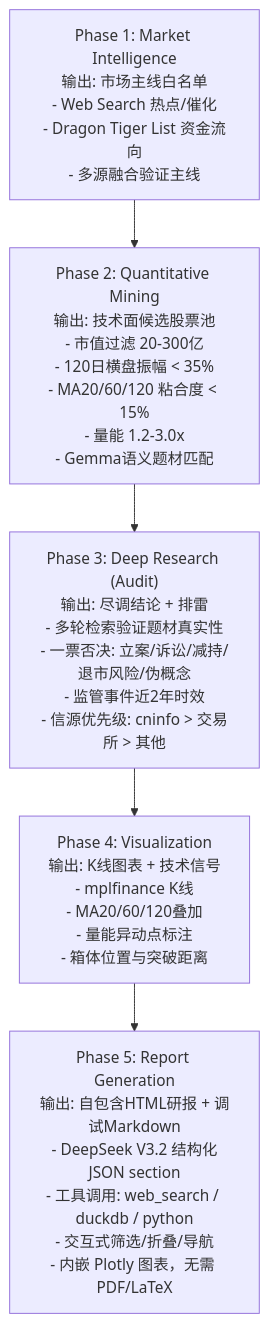
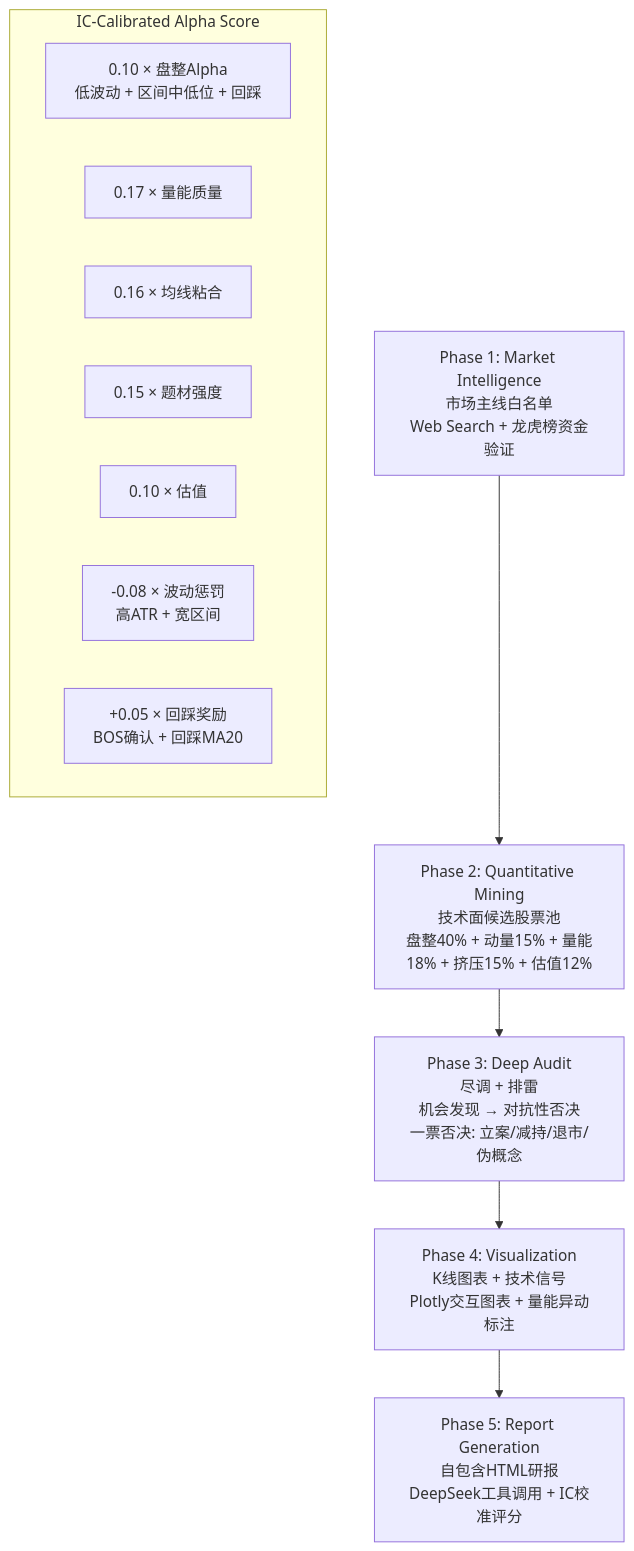
Before and after one commit to hb4ch/trend-agent: the diagram in README.md, drawn with Mermaid. The commit also changed other lines of this file and 28 other files, not shown here.

````diff
--- a/README.md
+++ b/README.md
@@ -19,10 +68,20 @@
 ```mermaid
 flowchart TD
-    P1["Phase 1: Market Intelligence<br/>输出: 市场主线白名单<br/>- Web Search 热点/催化<br/>- Dragon Tiger List 资金流向<br/>- 多源融合验证主线"]
-    P2["Phase 2: Quantitative Mining<br/>输出: 技术面候选股票池<br/>- 市值过滤 20-300亿<br/>- 120日横盘振幅 < 35%<br/>- MA20/60/120 粘合度 < 15%<br/>- 量能 1.2-3.0x<br/>- Gemma语义题材匹配"]
-    P3["Phase 3: Deep Research (Audit)<br/>输出: 尽调结论 + 排雷<br/>- 多轮检索验证题材真实性<br/>- 一票否决: 立案/诉讼/减持/退市风险/伪概念<br/>- 监管事件近2年时效<br/>- 信源优先级: cninfo > 交易所 > 其他"]
-    P4["Phase 4: Visualization<br/>输出: K线图表 + 技术信号<br/>- mplfinance K线<br/>- MA20/60/120叠加<br/>- 量能异动点标注<br/>- 箱体位置与突破距离"]
-    P5["Phase 5: Report Generation<br/>输出: 自包含HTML研报 + 调试Markdown<br/>- DeepSeek V3.2 结构化JSON section<br/>- 工具调用: web_search / duckdb / python<br/>- 交互式筛选/折叠/导航<br/>- 内嵌 Plotly 图表，无需 PDF/LaTeX"]
+    P1["Phase 1: Market Intelligence<br/>市场主线白名单<br/>Web Search + 龙虎榜资金验证"]
+    P2["Phase 2: Quantitative Mining<br/>技术面候选股票池<br/>盘整40% + 动量15% + 量能18% + 挤压15% + 估值12%"]
+    P3["Phase 3: Deep Audit<br/>尽调 + 排雷<br/>机会发现 → 对抗性否决<br/>一票否决: 立案/减持/退市/伪概念"]
+    P4["Phase 4: Visualization<br/>K线图表 + 技术信号<br/>Plotly交互图表 + 量能异动标注"]
+    P5["Phase 5: Report Generation<br/>自包含HTML研报<br/>DeepSeek工具调用 + IC校准评分"]
 
     P1 --> P2 --> P3 --> P4 --> P5
+
+    subgraph "IC-Calibrated Alpha Score"
+        CA["0.10 × 盘整Alpha<br/>低波动 + 区间中低位 + 回踩"]
+        VQ["0.17 × 量能质量"]
+        MC["0.16 × 均线粘合"]
+        TS["0.15 × 题材强度"]
+        VA["0.10 × 估值"]
+        VP["-0.08 × 波动惩罚<br/>高ATR + 宽区间"]
+        PR["+0.05 × 回踩奖励<br/>BOS确认 + 回踩MA20"]
+    end
 ```
````
